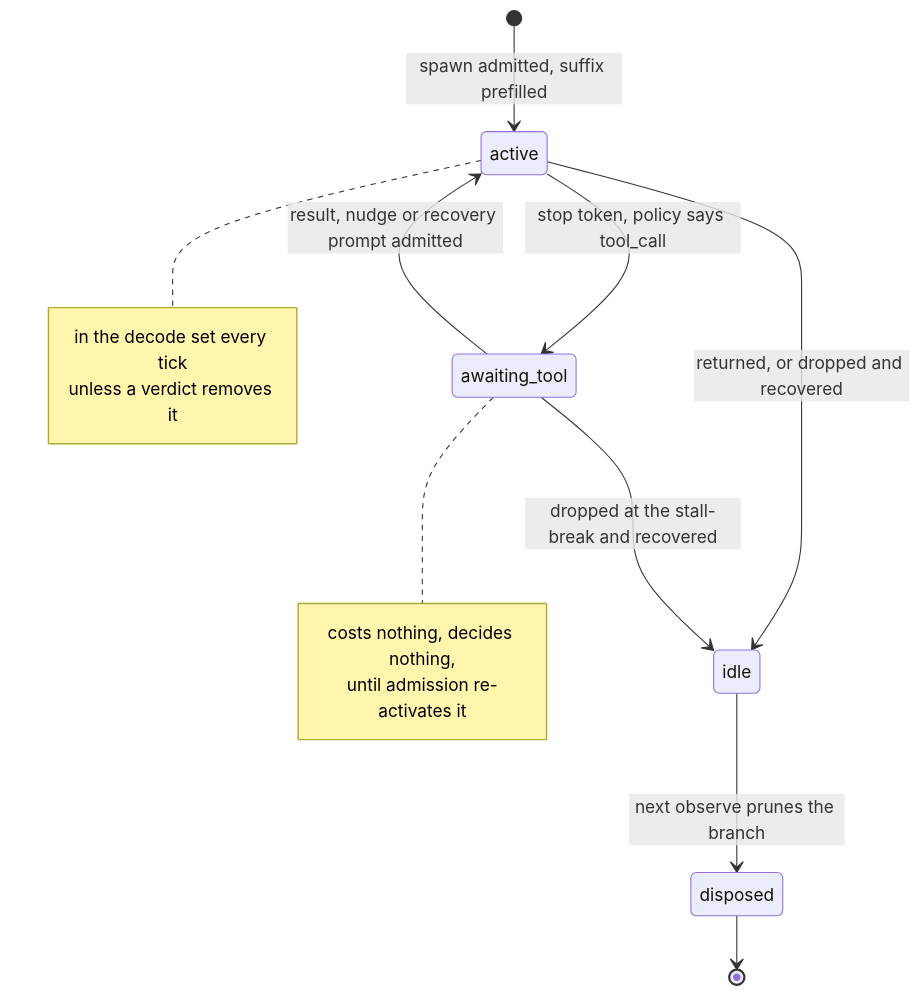
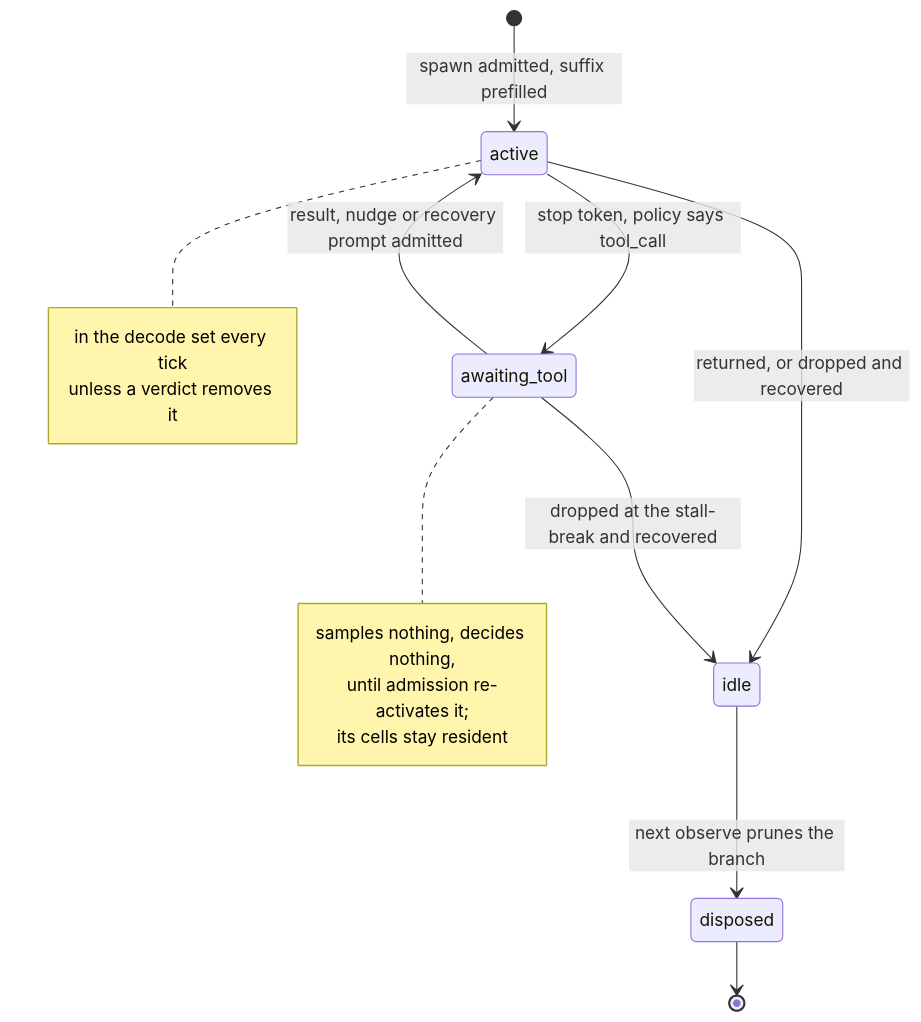
The diagram in assets/mermaid/scheduler-status.mmd (lloyal-ai/hdk-docs), drawn with Mermaid before and after one commit. The commit also changed 2 other files, not shown here.

Commit message:
docs(scheduler): the page agrees with itself on cells, epochs, drop reasons and the four families
An awaiting Agent samples nothing but its cells stay resident. The pending
record is the only queued work that crosses a tick; the roster persists.
The drop reasons are listed whole. A report killed mid-write is a salvage
and sits with the kept-what-it-wrote family; a refused spawn and a heal
are named as the exceptions to their families' rules. The pool closes on
every Agent being final, not on the orchestrator finishing.

```diff
--- a/assets/mermaid/scheduler-status.mmd
+++ b/assets/mermaid/scheduler-status.mmd
@@ -1,16 +1,17 @@
 stateDiagram-v2
     [*] --> active : spawn admitted, suffix prefilled
     active --> awaiting_tool : stop token, policy says tool_call
     awaiting_tool --> active : result, nudge or recovery prompt admitted
     active --> idle : returned, or dropped and recovered
     awaiting_tool --> idle : dropped at the stall-break and recovered
     idle --> disposed : next observe prunes the branch
     disposed --> [*]
     note right of active
         in the decode set every tick
         unless a verdict removes it
     end note
     note right of awaiting_tool
-        costs nothing, decides nothing,
-        until admission re-activates it
+        samples nothing, decides nothing,
+        until admission re-activates it;
+        its cells stay resident
     end note
```
